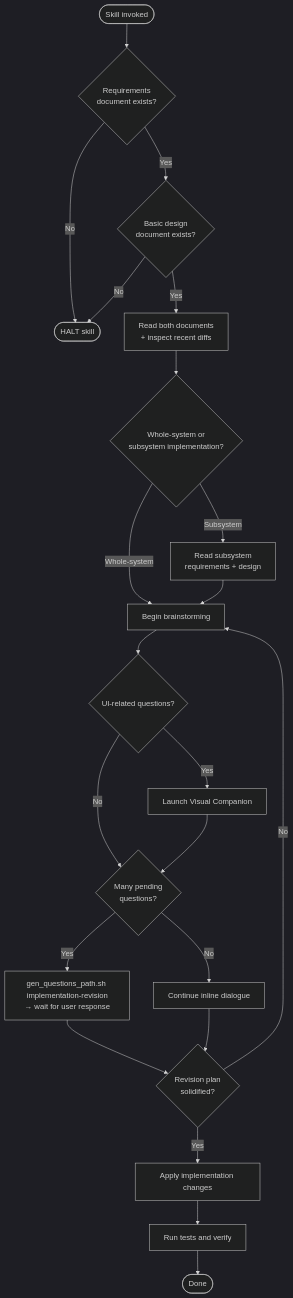
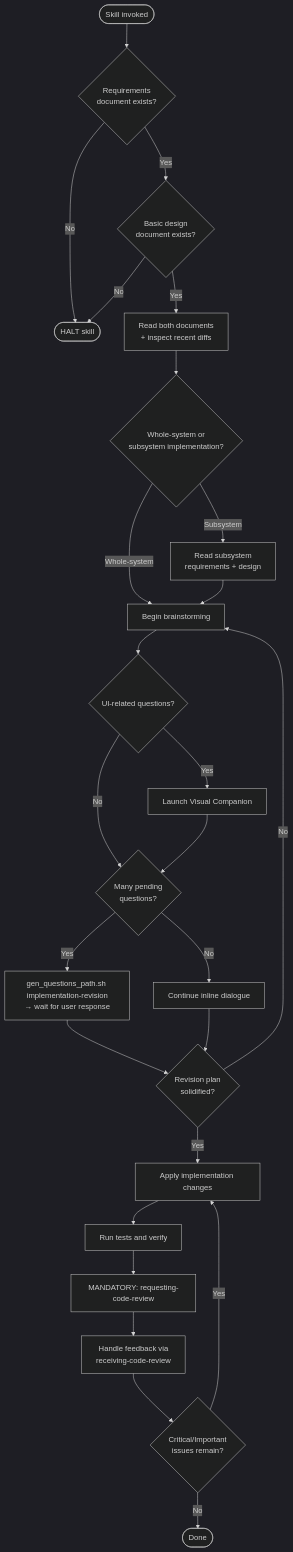
One commit to wintermaples/spec-coexist changed the diagram in .claude/skills/revising-implementation/SKILL.md. Above: the diagram before and after it, drawn with Mermaid (dark theme). The commit also changed other lines of this file and 6 other files, not shown here.

First line of the commit message:
Add project-local code-review skills and make review MUST

````diff
--- a/.claude/skills/revising-implementation/SKILL.md
+++ b/.claude/skills/revising-implementation/SKILL.md
@@ -40,27 +53,31 @@
 ```mermaid
 flowchart TD
     Start([Skill invoked]) --> Q1{Requirements<br/>document exists?}
     Q1 -- No --> Stop([HALT skill])
     Q1 -- Yes --> Q2{Basic design<br/>document exists?}
     Q2 -- No --> Stop
     Q2 -- Yes --> R[Read both documents<br/>+ inspect recent diffs]
     R --> Q3{Whole-system or<br/>subsystem implementation?}
     Q3 -- Subsystem --> S1[Read subsystem<br/>requirements + design]
     Q3 -- Whole-system --> BS
     S1 --> BS
     BS[Begin brainstorming]
     BS --> VC{UI-related questions?}
     VC -- Yes --> VCStart[Launch Visual Companion]
     VC -- No --> QCount
     VCStart --> QCount
     QCount{Many pending<br/>questions?}
     QCount -- Yes --> WriteQ[gen_questions_path.sh implementation-revision<br/>→ wait for user response]
     QCount -- No --> Continue[Continue inline dialogue]
     WriteQ --> Clear
     Continue --> Clear
     Clear{Revision plan<br/>solidified?}
     Clear -- No --> BS
     Clear -- Yes --> Impl[Apply implementation changes]
     Impl --> Verify[Run tests and verify]
-    Verify --> End([Done])
+    Verify --> Review[MANDATORY: requesting-code-review]
+    Review --> RFeedback[Handle feedback via<br/>receiving-code-review]
+    RFeedback --> RCrit{Critical/Important<br/>issues remain?}
+    RCrit -- Yes --> Impl
+    RCrit -- No --> End([Done])
 ```
````
